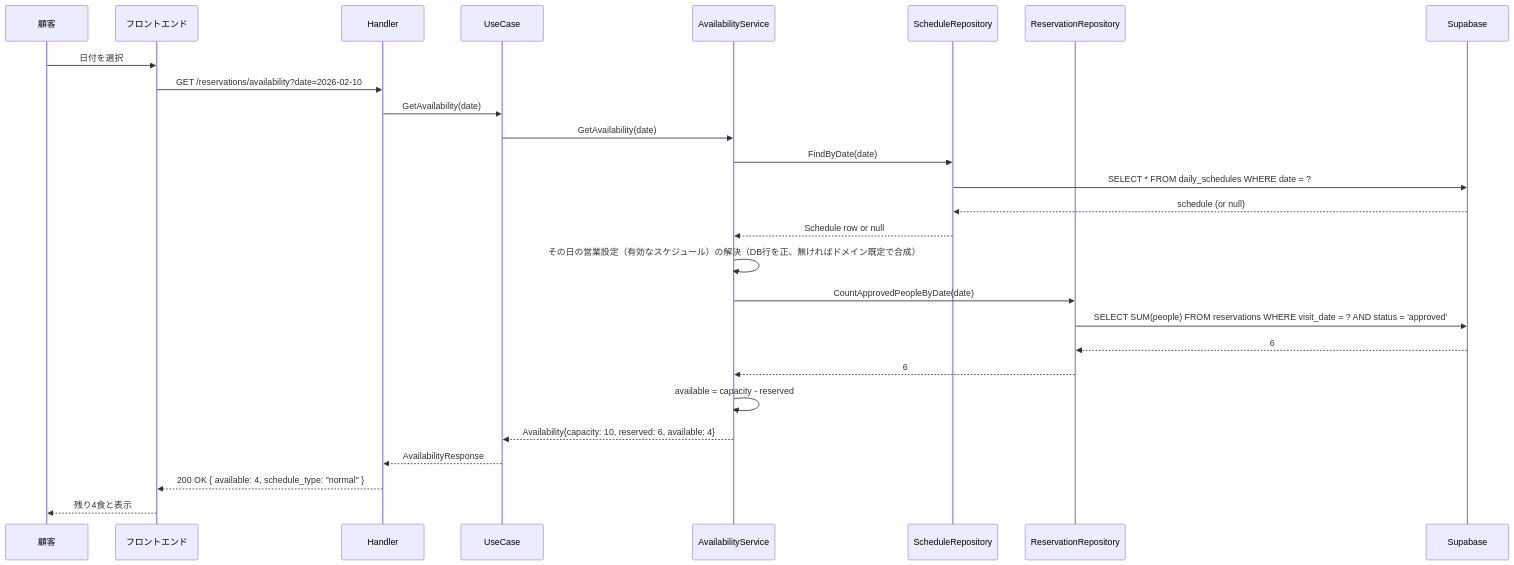
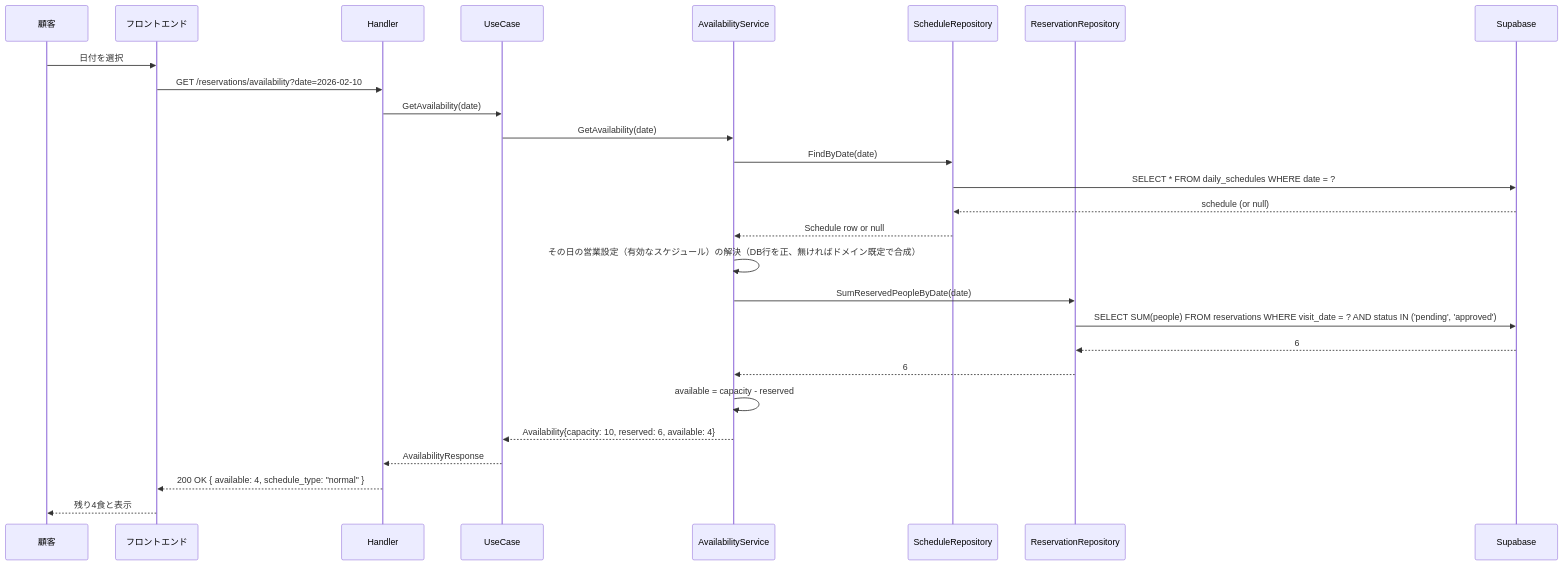
The first of 16 diagrams in docs/sequence.md (cergijame101007/satehits), drawn with Mermaid before and after one commit. The commit also changed 36 other files, not shown here.

````diff
--- a/docs/sequence.md
+++ b/docs/sequence.md
@@ -5,36 +5,36 @@
 ```mermaid
 sequenceDiagram
     participant Customer as 顧客
     participant Frontend as フロントエンド
     participant Handler as Handler
     participant UseCase as UseCase
     participant AvailService as AvailabilityService
     participant ScheduleRepo as ScheduleRepository
     participant ReservationRepo as ReservationRepository
     participant DB as Supabase
 
     Customer->>Frontend: 日付を選択
     Frontend->>Handler: GET /reservations/availability?date=2026-02-10
     Handler->>UseCase: GetAvailability(date)
     
     UseCase->>AvailService: GetAvailability(date)
     
     AvailService->>ScheduleRepo: FindByDate(date)
     ScheduleRepo->>DB: SELECT * FROM daily_schedules WHERE date = ?
     DB-->>ScheduleRepo: schedule (or null)
     ScheduleRepo-->>AvailService: Schedule row or null
     
     AvailService->>AvailService: その日の営業設定（有効なスケジュール）の解決（DB行を正、無ければドメイン既定で合成）
     
-    AvailService->>ReservationRepo: CountApprovedPeopleByDate(date)
-    ReservationRepo->>DB: SELECT SUM(people) FROM reservations WHERE visit_date = ? AND status = 'approved'
+    AvailService->>ReservationRepo: SumReservedPeopleByDate(date)
+    ReservationRepo->>DB: SELECT SUM(people) FROM reservations WHERE visit_date = ? AND status IN ('pending', 'approved')
     DB-->>ReservationRepo: 6
     ReservationRepo-->>AvailService: 6
     
     AvailService->>AvailService: available = capacity - reserved
     AvailService-->>UseCase: Availability{capacity: 10, reserved: 6, available: 4}
     
     UseCase-->>Handler: AvailabilityResponse
     Handler-->>Frontend: 200 OK { available: 4, schedule_type: "normal" }
     Frontend-->>Customer: 残り4食と表示
 ```
````
